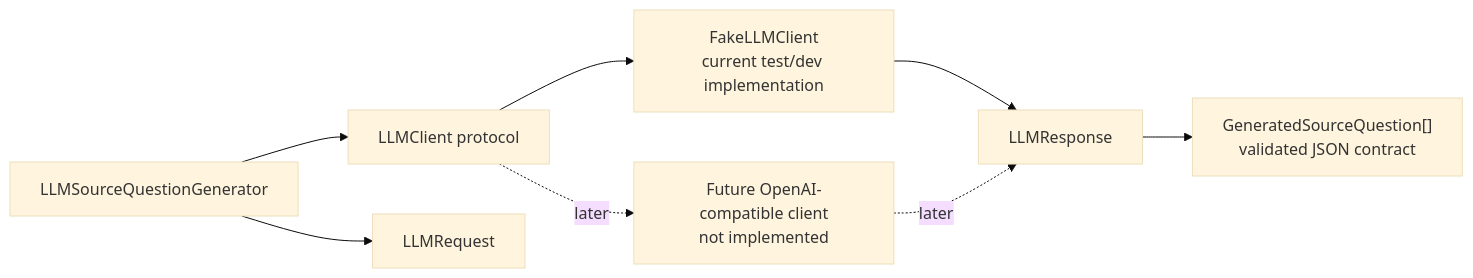
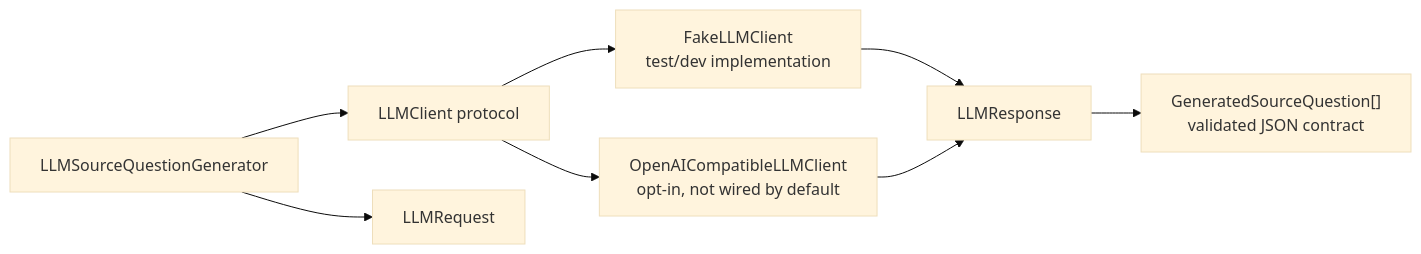
One commit to rsauers0/career-agent changed the sixth of 7 diagrams in docs/diagrams.md. Above: the diagram before and after it, drawn with Mermaid (base theme). The commit also changed 9 other files, not shown here.

First line of the commit message:
Add OpenAI-compatible LLM client

````diff
--- a/docs/diagrams.md
+++ b/docs/diagrams.md
@@ -124,18 +124,18 @@
 ```mermaid
 flowchart LR
     WorkflowGenerator["LLMSourceQuestionGenerator"]
     LLMClient["LLMClient protocol"]
-    FakeClient["FakeLLMClient<br/>current test/dev implementation"]
-    FutureClient["Future OpenAI-compatible client<br/>not implemented"]
+    FakeClient["FakeLLMClient<br/>test/dev implementation"]
+    OpenAIClient["OpenAICompatibleLLMClient<br/>opt-in, not wired by default"]
     Request["LLMRequest"]
     Response["LLMResponse"]
     Contract["GeneratedSourceQuestion[]<br/>validated JSON contract"]
 
     WorkflowGenerator --> Request
     WorkflowGenerator --> LLMClient
     LLMClient --> FakeClient
-    LLMClient -. "later" .-> FutureClient
+    LLMClient --> OpenAIClient
     FakeClient --> Response
-    FutureClient -. "later" .-> Response
+    OpenAIClient --> Response
     Response --> Contract
 ```
````
